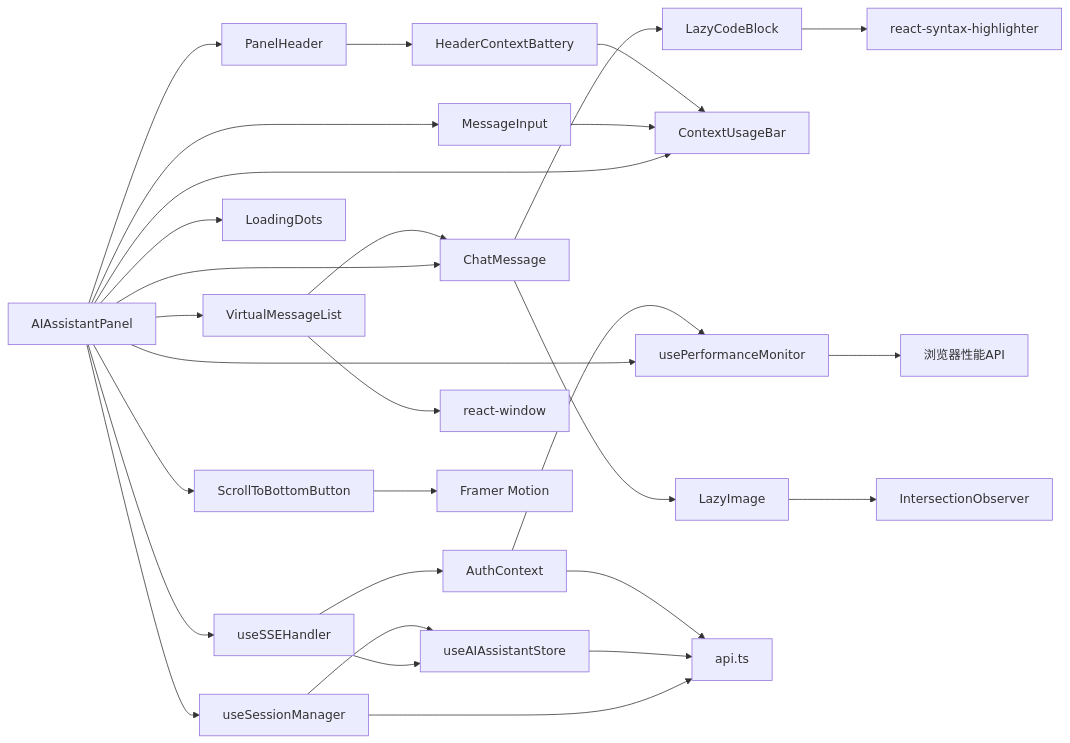
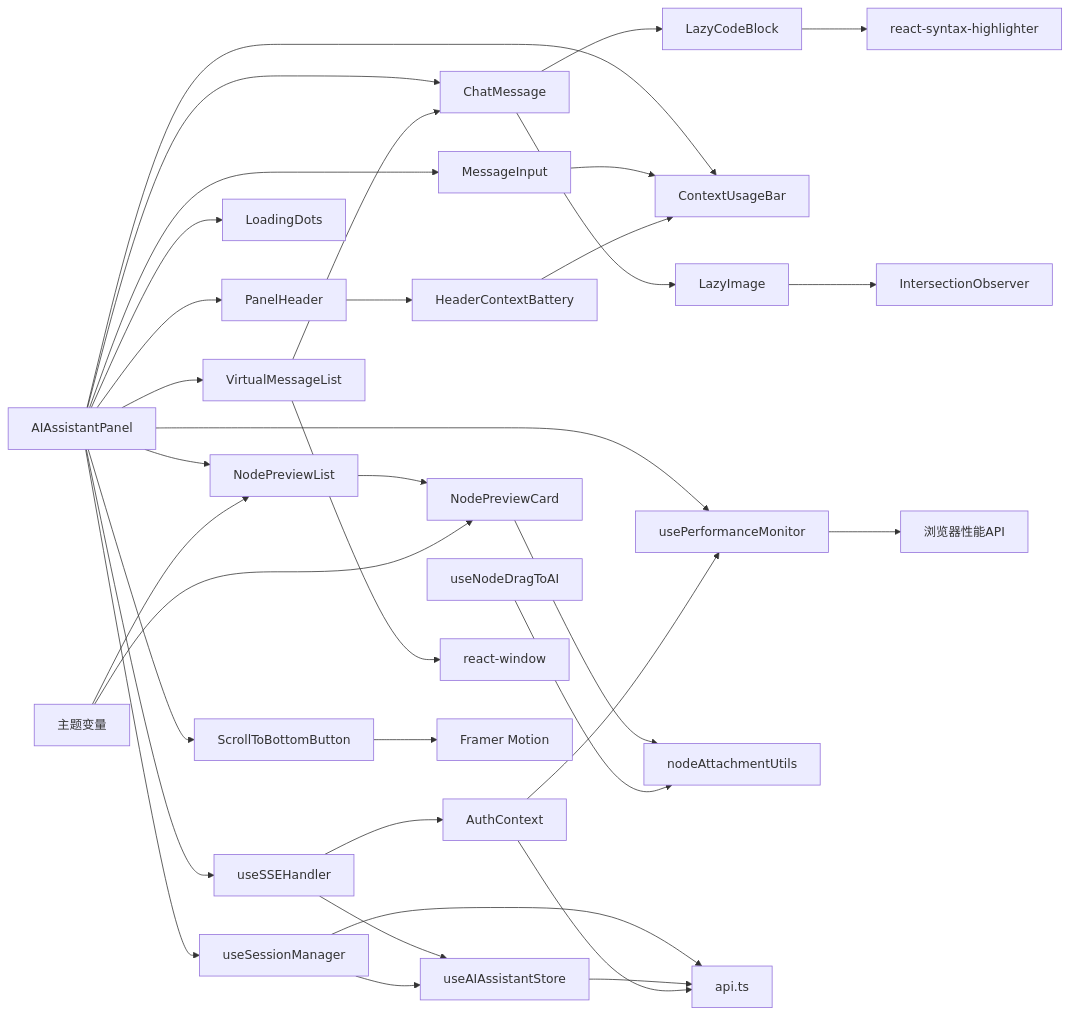
Before and after one commit to KunLabAI/KunFlix: diagram 25 of 25 in .qoder/repowiki/zh/content/前端应用架构/UI组件库/画布组件系统/AI助手面板/AI助手面板.md, drawn with Mermaid. The commit also changed other lines of this file and 14 other files, not shown here.

````diff
--- a/.qoder/repowiki/zh/content/前端应用架构/UI组件库/画布组件系统/AI助手面板/AI助手面板.md
+++ b/.qoder/repowiki/zh/content/前端应用架构/UI组件库/画布组件系统/AI助手面板/AI助手面板.md
@@ -1063,31 +1173,37 @@
 ```mermaid
 graph LR
 AIP["AIAssistantPanel"] --> CHAT["ChatMessage"]
 AIP --> INPUT["MessageInput"]
 AIP --> HDR["PanelHeader"]
 AIP --> SSE["useSSEHandler"]
 AIP --> SESS["useSessionManager"]
 AIP --> PERF["usePerformanceMonitor"]
 AIP --> CONTEXT["ContextUsageBar"]
 AIP --> LOADING["LoadingDots"]
 AIP --> VLIST["VirtualMessageList"]
 AIP --> SCROLLBTN["ScrollToBottomButton"]
+AIP --> ATTACHMENTPREVIEW["NodePreviewList"]
 HDR --> HEADERCTX["HeaderContextBattery"]
 VLIST --> CHAT
 CHAT --> LAZYCODE["LazyCodeBlock"]
 CHAT --> LAZYIMG["LazyImage"]
+ATTACHMENTPREVIEW --> NODEPREVIEW["NodePreviewCard"]
+NODEPREVIEW --> ATTACHMENTUTILS["nodeAttachmentUtils"]
+DRAGTOAI["useNodeDragToAI"] --> ATTACHMENTUTILS
 SSE --> STORE["useAIAssistantStore"]
 SESS --> STORE
 SESS --> API["api.ts"]
 SSE --> AUTH["AuthContext"]
 STORE --> API
 INPUT --> CONTEXT
 HEADERCTX --> CONTEXT
 AUTH --> API
 AUTH --> PERF
 PERF --> BROWSER["浏览器性能API"]
 VLIST --> REACTWINDOW["react-window"]
 SCROLLBTN --> FRAMERMOTION["Framer Motion"]
 LAZYCODE --> SYNTAXHIGHLIGHTER["react-syntax-highlighter"]
 LAZYIMG --> INTERSECTIONOBSERVER["IntersectionObserver"]
+THEMEVARS["主题变量"] --> NODEPREVIEW
+THEMEVARS --> ATTACHMENTPREVIEW
 ```
````
